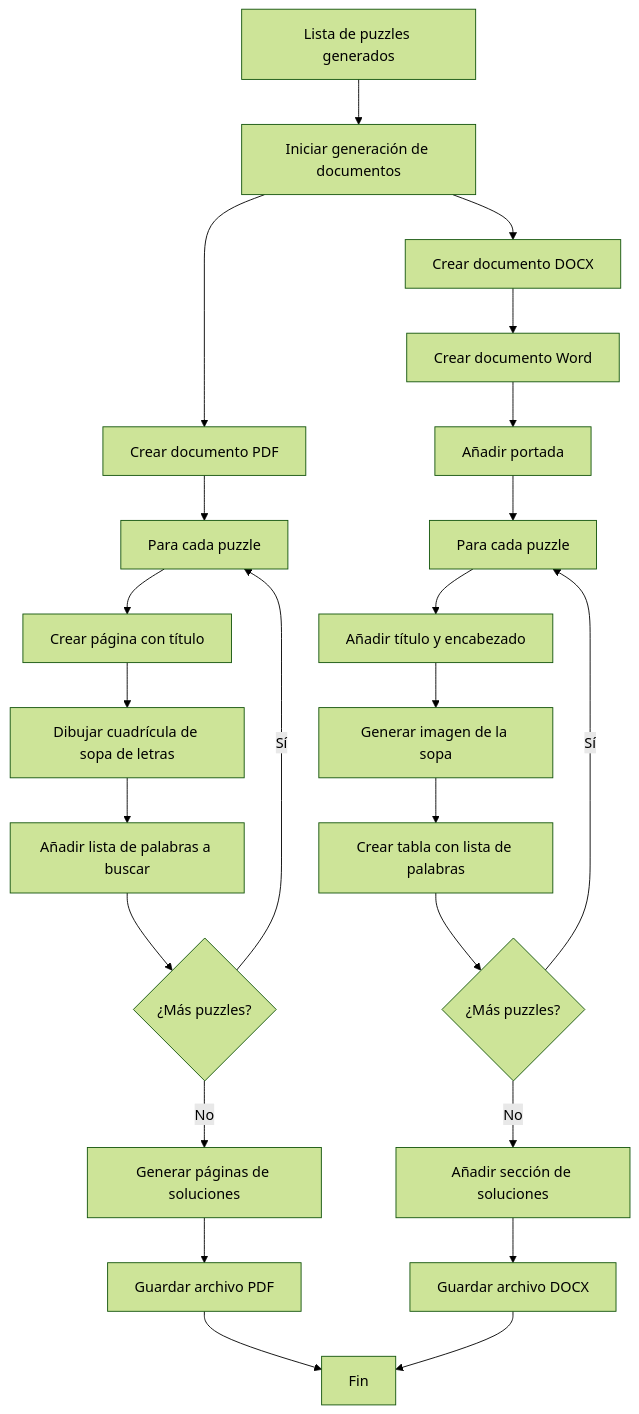
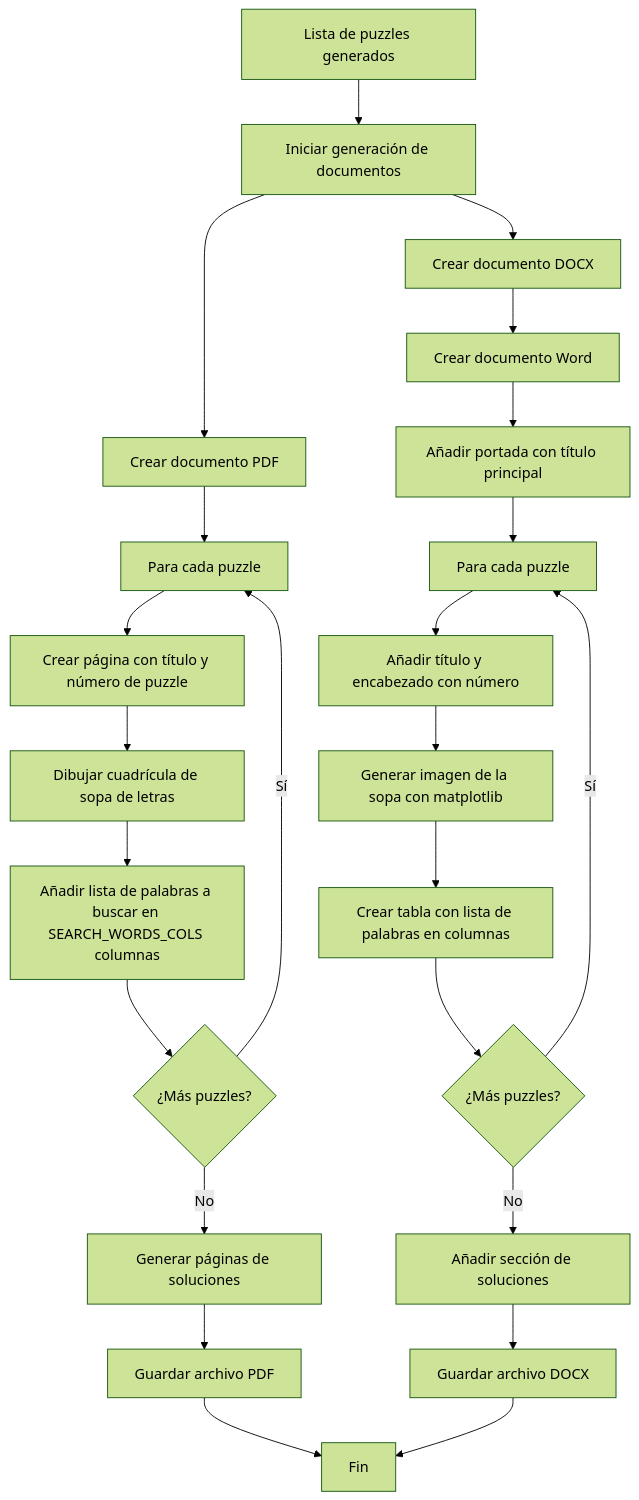
Before and after one commit to AlvaroRguez/GenerarSopaLetras: the third of 4 diagrams in README.md, drawn with Mermaid (forest theme). The commit also changed other lines of this file and 9 other files, not shown here.

````diff
--- a/README.md
+++ b/README.md
@@ -218,29 +224,29 @@
 ```mermaid
 flowchart TD
     GG[Lista de puzzles generados] --> HH[Iniciar generación de documentos]
     HH --> II[Crear documento PDF]
     HH --> JJ[Crear documento DOCX]
     
     II --> KK[Para cada puzzle]
-    KK --> LL[Crear página con título]
+    KK --> LL[Crear página con título y número de puzzle]
     LL --> MM[Dibujar cuadrícula de sopa de letras]
-    MM --> NN[Añadir lista de palabras a buscar]
+    MM --> NN[Añadir lista de palabras a buscar en SEARCH_WORDS_COLS columnas]
     NN --> OO{¿Más puzzles?}
     OO -->|Sí| KK
     OO -->|No| PP[Generar páginas de soluciones]
     PP --> QQ[Guardar archivo PDF]
     
     JJ --> RR[Crear documento Word]
-    RR --> SS[Añadir portada]
+    RR --> SS[Añadir portada con título principal]
     SS --> TT[Para cada puzzle]
-    TT --> UU[Añadir título y encabezado]
-    UU --> VV[Generar imagen de la sopa]
-    VV --> WW[Crear tabla con lista de palabras]
+    TT --> UU[Añadir título y encabezado con número]
+    UU --> VV[Generar imagen de la sopa con matplotlib]
+    VV --> WW[Crear tabla con lista de palabras en columnas]
     WW --> XX{¿Más puzzles?}
     XX -->|Sí| TT
     XX -->|No| YY[Añadir sección de soluciones]
     YY --> ZZ[Guardar archivo DOCX]
     
     QQ --> AAA[Fin]
     ZZ --> AAA
 ```
````
